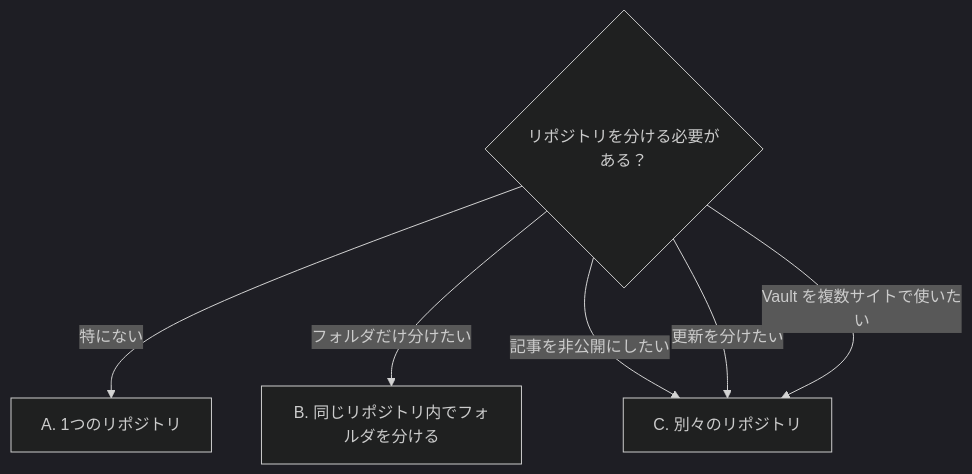
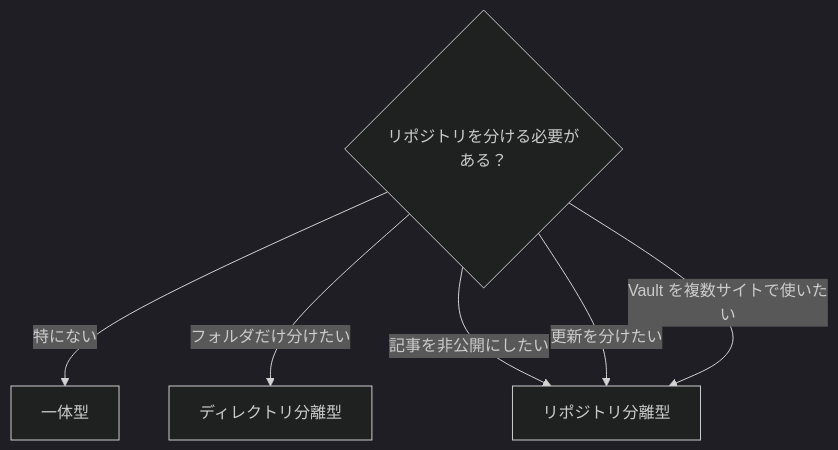
Before and after one commit to Rerurate514/riebeckite: the third of 3 diagrams in docs/docs/guides/content-repositories/basics.ja.md, drawn with Mermaid (dark theme). The commit also changed other lines of this file and 18 other files, not shown here.

````diff
--- a/docs/docs/guides/content-repositories/basics.ja.md
+++ b/docs/docs/guides/content-repositories/basics.ja.md
@@ -131,10 +131,10 @@
 ```mermaid
 flowchart TD
     Start{"リポジトリを分ける必要がある？"}
 
-    Start -->|"特にない"| A["A. 1つのリポジトリ"]
-    Start -->|"フォルダだけ分けたい"| B["B. 同じリポジトリ内でフォルダを分ける"]
-    Start -->|"記事を非公開にしたい"| C["C. 別々のリポジトリ"]
-    Start -->|"更新を分けたい"| C
-    Start -->|"Vault を複数サイトで使いたい"| C
+    Start -->|"特にない"| Integrated["一体型"]
+    Start -->|"フォルダだけ分けたい"| Directories["ディレクトリ分離型"]
+    Start -->|"記事を非公開にしたい"| Repositories["リポジトリ分離型"]
+    Start -->|"更新を分けたい"| Repositories
+    Start -->|"Vault を複数サイトで使いたい"| Repositories
 ```
````
